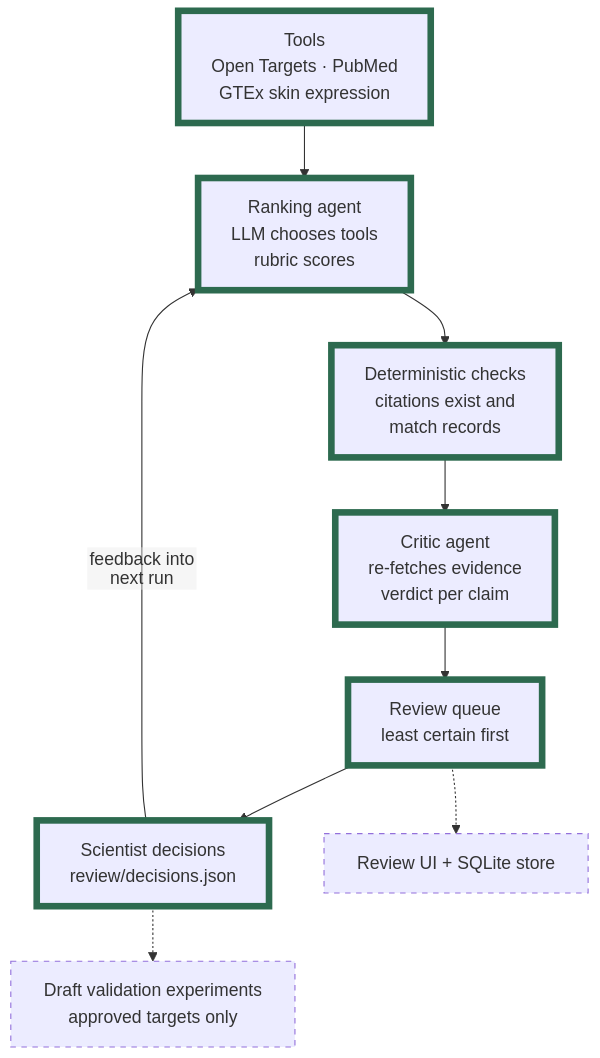
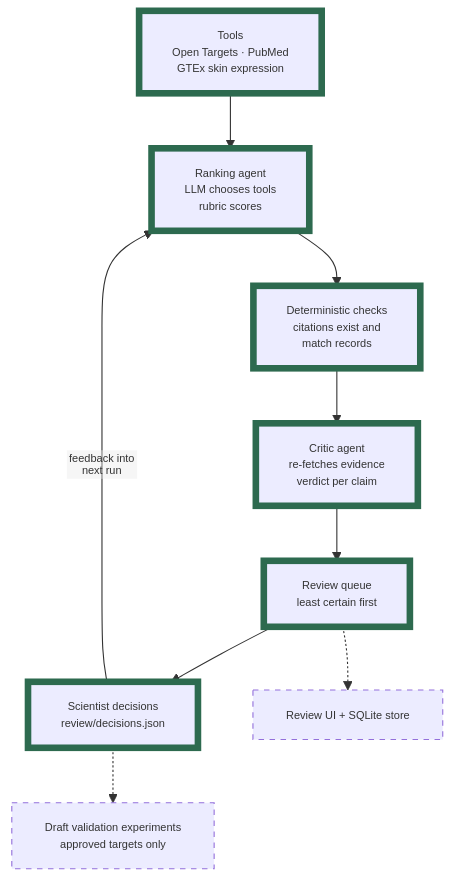
Before and after one commit to yukapooka/target-evidence-agent: the diagram in README.md, drawn with Mermaid.

Commit message:
Updated readme
Updated font size in the architecture diagram.

````diff
--- a/README.md
+++ b/README.md
@@ -18,17 +18,17 @@
 ```mermaid
-%%{init: {"themeVariables": {"fontSize": "16px"}, "flowchart": {"htmlLabels": false}}}%%
+%%{init: {"themeVariables": {"fontSize": "10px"}, "flowchart": {"htmlLabels": false}}}%%
 flowchart TD
     T["Tools<br/>Open Targets · PubMed<br/>GTEx skin expression"] --> R["Ranking agent<br/>LLM chooses tools<br/>rubric scores"]
     R --> D["Deterministic checks<br/>citations exist and<br/>match records"]
     D --> C["Critic agent<br/>re-fetches evidence<br/>verdict per claim"]
     C --> Q["Review queue<br/>least certain first"]
     Q --> H["Scientist decisions<br/>review/decisions.json"]
     H -->|feedback into<br/>next run| R
     H -.-> E["Draft validation experiments<br/>approved targets only"]
     Q -.-> U["Review UI + SQLite store"]
 
     classDef built stroke:#2d6a4f,stroke-width:6px;
     classDef planned stroke-dasharray: 5 5;
     class T,R,D,C,Q,H built;
     class E,U planned;
 ```
````
